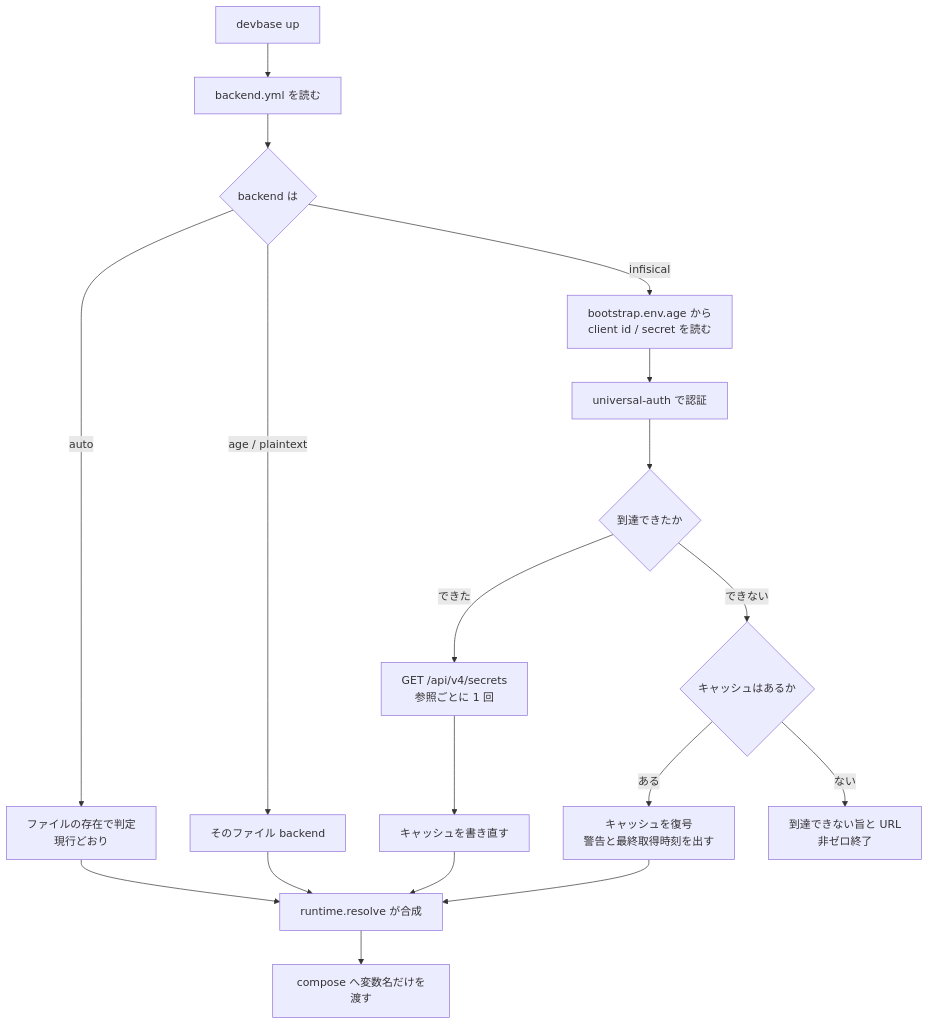
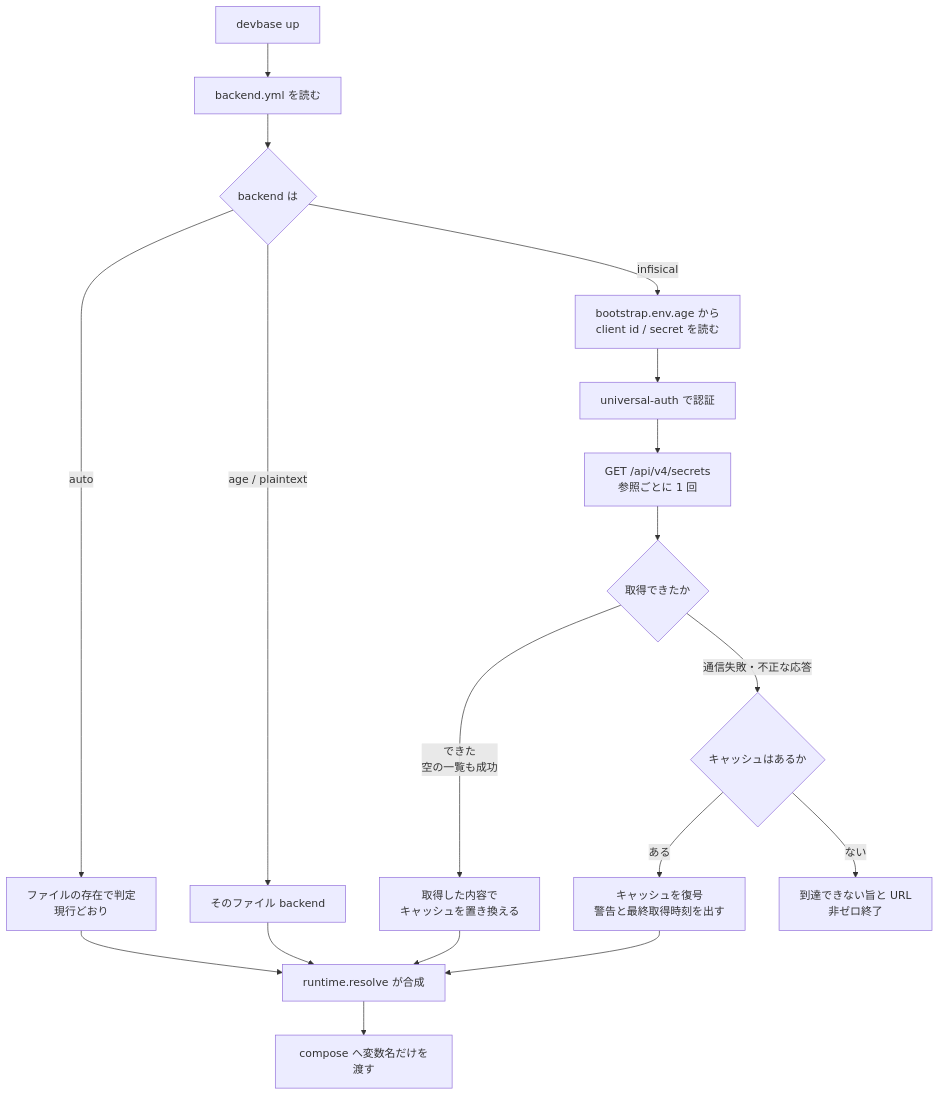
One commit to devbasex/devbase changed the second of 2 diagrams in issues/PLAN51_secret-backend-design.md. Above: the diagram before and after it, drawn with Mermaid. The commit also changed other lines of this file and 1 other file, not shown here.

````diff
--- a/issues/PLAN51_secret-backend-design.md
+++ b/issues/PLAN51_secret-backend-design.md
@@ -264,20 +282,20 @@
 ```mermaid
 flowchart TD
     A[devbase up] --> B[backend.yml を読む]
     B --> C{backend は}
     C -->|auto| D[ファイルの存在で判定<br/>現行どおり]
     C -->|age / plaintext| E[そのファイル backend]
     C -->|infisical| F[bootstrap.env.age から<br/>client id / secret を読む]
     F --> G[universal-auth で認証]
-    G --> H{到達できたか}
-    H -->|できた| I[GET /api/v4/secrets<br/>参照ごとに 1 回]
-    I --> J[キャッシュを書き直す]
-    H -->|できない| K{キャッシュはあるか}
+    G --> H[GET /api/v4/secrets<br/>参照ごとに 1 回]
+    H --> I{取得できたか}
+    I -->|できた<br/>空の一覧も成功| J[取得した内容で<br/>キャッシュを置き換える]
+    I -->|通信失敗・不正な応答| K{キャッシュはあるか}
     K -->|ある| L[キャッシュを復号<br/>警告と最終取得時刻を出す]
     K -->|ない| M[到達できない旨と URL<br/>非ゼロ終了]
     D --> N[runtime.resolve が合成]
     E --> N
     J --> N
     L --> N
     N --> O[compose へ変数名だけを渡す]
 ```
````
